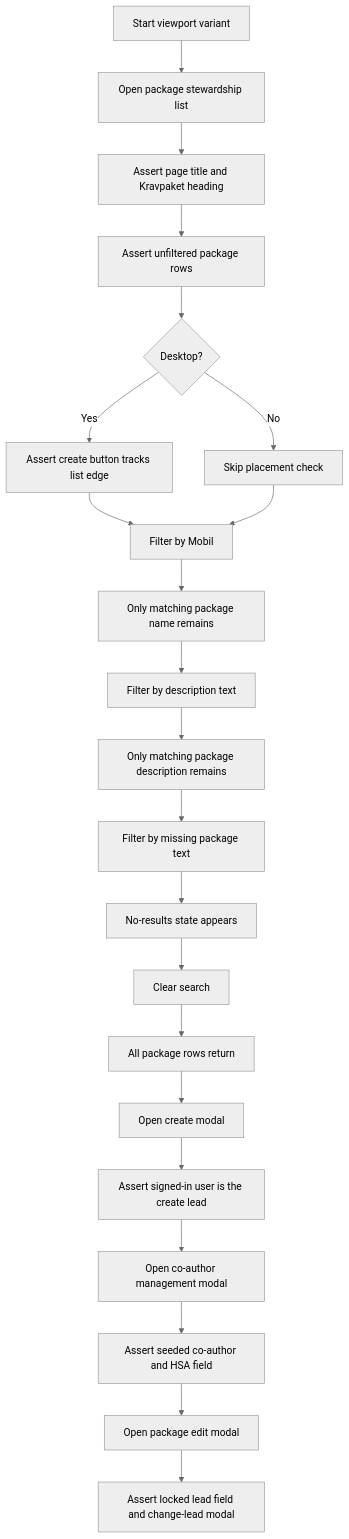
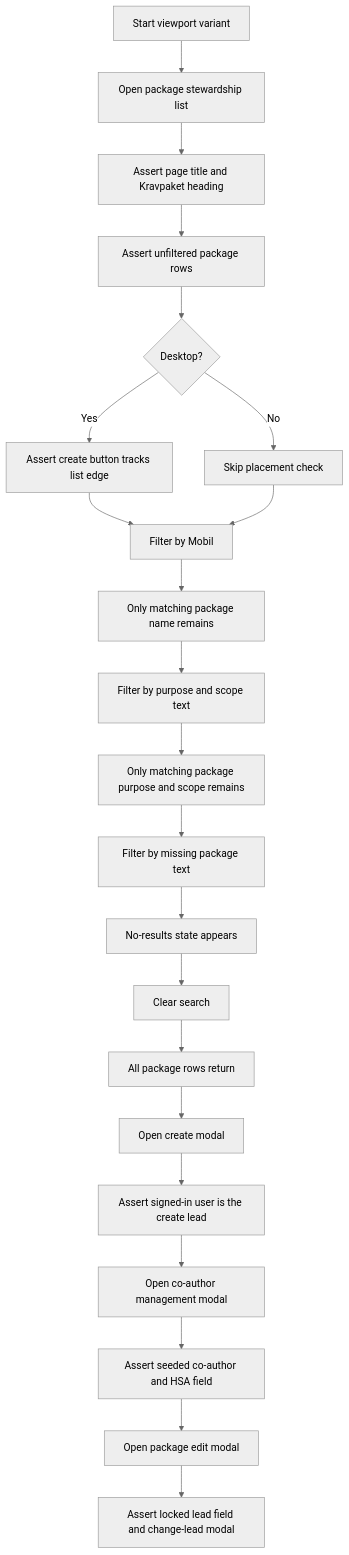
The first of 3 diagrams in tests/integration/requirement-packages-list.md (viscalyx/Kravhantering), drawn with Mermaid (neutral theme) before and after one commit. The commit also changed other lines of this file and 283 other files, not shown here.

````diff
--- a/tests/integration/requirement-packages-list.md
+++ b/tests/integration/requirement-packages-list.md
@@ -15,24 +16,24 @@
 ```mermaid
 flowchart TD
     A[Start viewport variant] --> B[Open package stewardship list]
     B --> C[Assert page title and Kravpaket heading]
     C --> D[Assert unfiltered package rows]
     D --> E{Desktop?}
     E -- Yes --> F[Assert create button tracks list edge]
     E -- No --> G[Skip placement check]
     F --> H[Filter by Mobil]
     G --> H
     H --> I[Only matching package name remains]
-    I --> J[Filter by description text]
-    J --> K[Only matching package description remains]
+    I --> J[Filter by purpose and scope text]
+    J --> K[Only matching package purpose and scope remains]
     K --> L[Filter by missing package text]
     L --> M[No-results state appears]
     M --> N[Clear search]
     N --> O[All package rows return]
     O --> P[Open create modal]
     P --> Q[Assert signed-in user is the create lead]
     Q --> R[Open co-author management modal]
     R --> S[Assert seeded co-author and HSA field]
     S --> T[Open package edit modal]
     T --> U[Assert locked lead field and change-lead modal]
 ```
````
